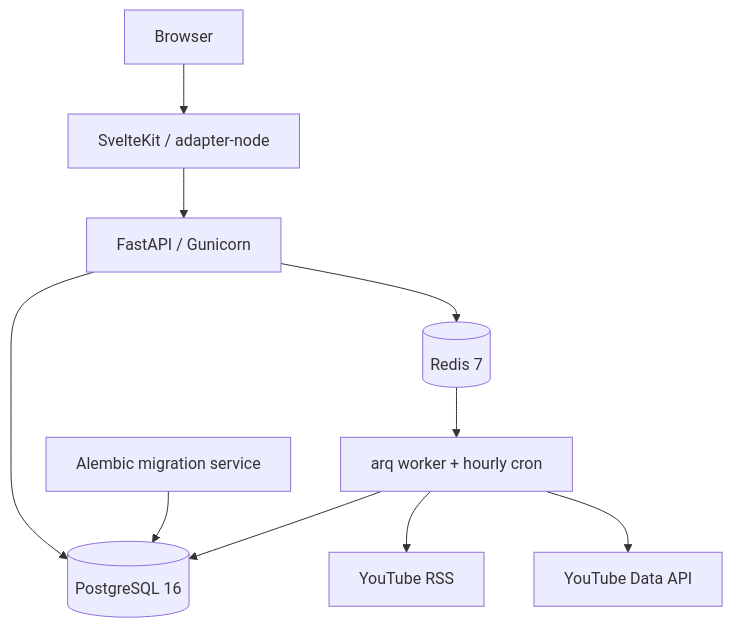
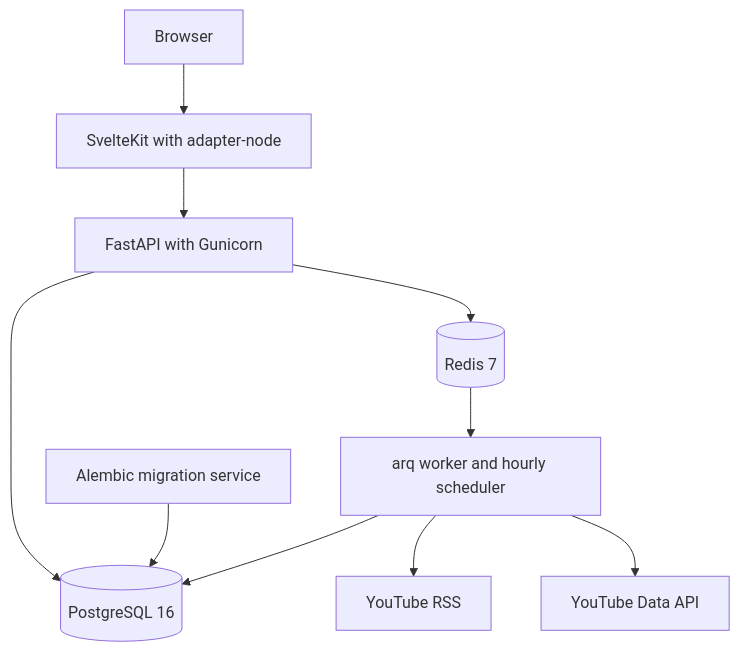
One commit to djdillybdev/ChooseYourTube changed the fourth of 5 diagrams in docs/architecture.md. Above: the diagram before and after it, drawn with Mermaid. The commit also changed other lines of this file and 17 other files, not shown here.

````diff
--- a/docs/architecture.md
+++ b/docs/architecture.md
@@ -84,12 +104,12 @@
 ```mermaid
 flowchart TB
-    Browser --> Frontend[SvelteKit / adapter-node]
-    Frontend --> API[FastAPI / Gunicorn]
+    Browser --> Frontend[SvelteKit with adapter-node]
+    Frontend --> API[FastAPI with Gunicorn]
     API --> PG[(PostgreSQL 16)]
     API --> Redis[(Redis 7)]
-    Redis --> Worker[arq worker + hourly cron]
+    Redis --> Worker[arq worker and hourly scheduler]
     Worker --> PG
     Worker --> RSS[YouTube RSS]
     Worker --> YT[YouTube Data API]
     Migrate[Alembic migration service] --> PG
 ```
````
